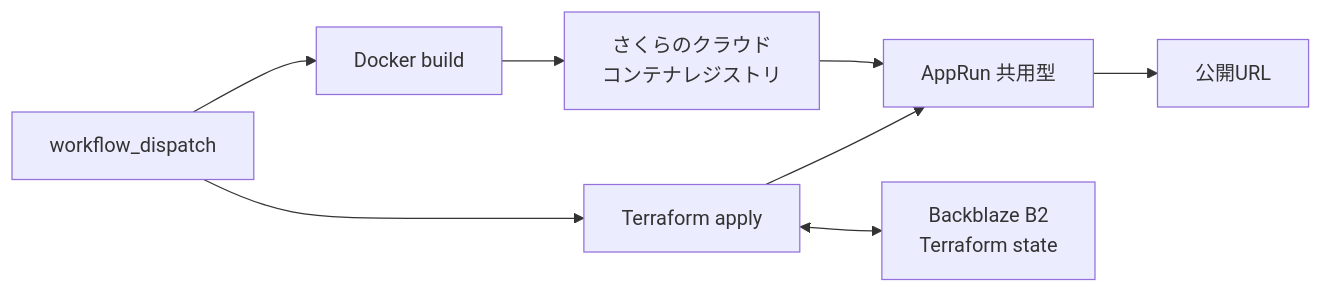
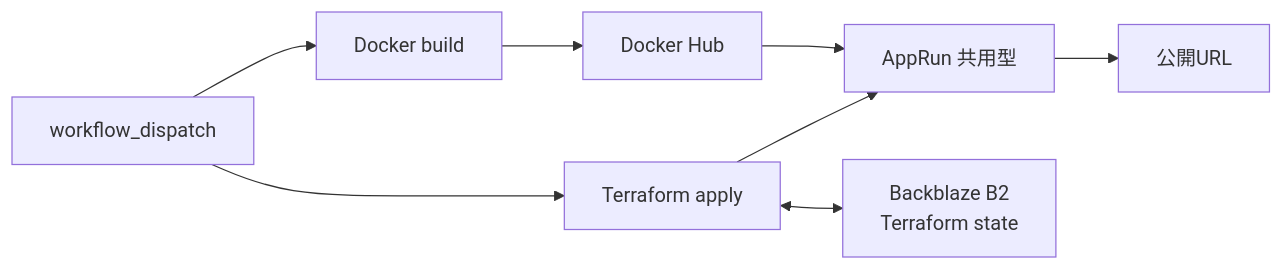
One commit to sohohold/nuance-mapper changed the diagram in terraform/apprun/README.md. Above: the diagram before and after it, drawn with Mermaid. The commit also changed other lines of this file and 8 other files, not shown here.

First line of the commit message:
Switch the AppRun deployment to Docker Hub

````diff
--- a/terraform/apprun/README.md
+++ b/terraform/apprun/README.md
@@ -7,10 +7,10 @@
 ```mermaid
 flowchart LR
     D[workflow_dispatch] --> B[Docker build]
-    B --> R[さくらのクラウド<br/>コンテナレジストリ]
+    B --> R[Docker Hub]
     D --> T[Terraform apply]
     R --> A[AppRun 共用型]
     T --> A
     T <--> S[Backblaze B2<br/>Terraform state]
     A --> U[公開URL]
 ```
````
